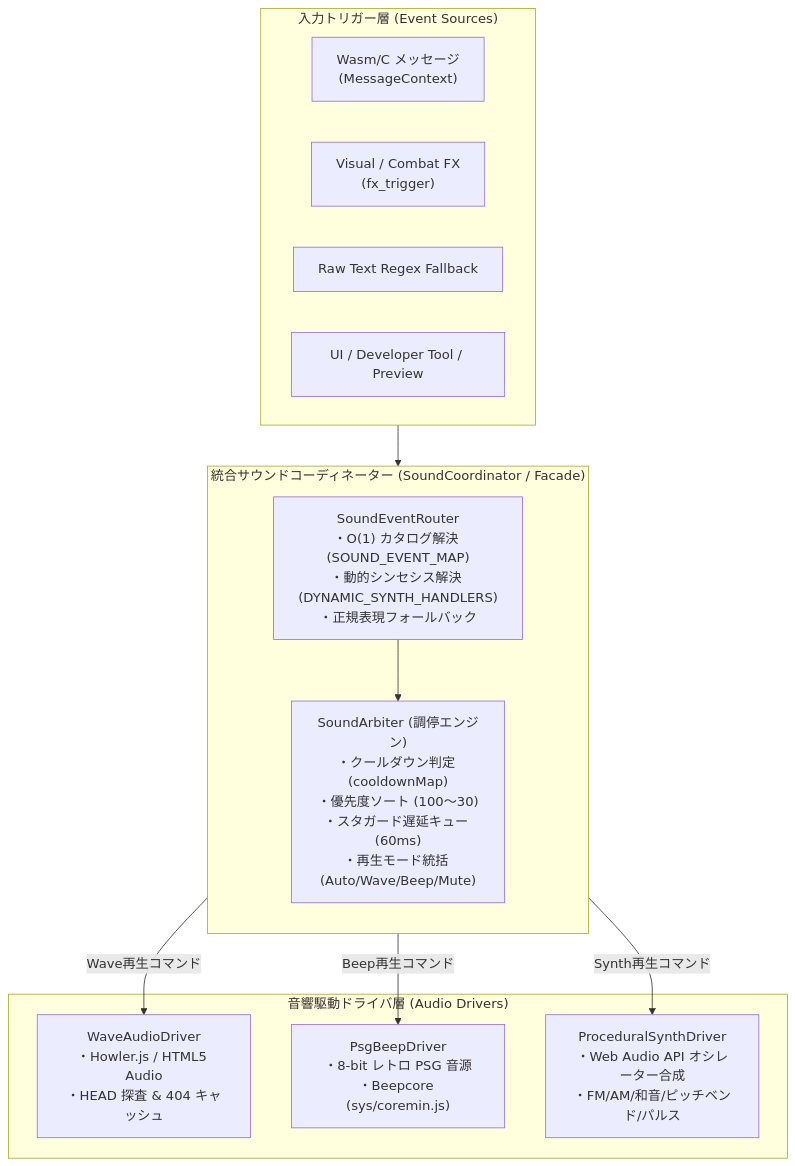
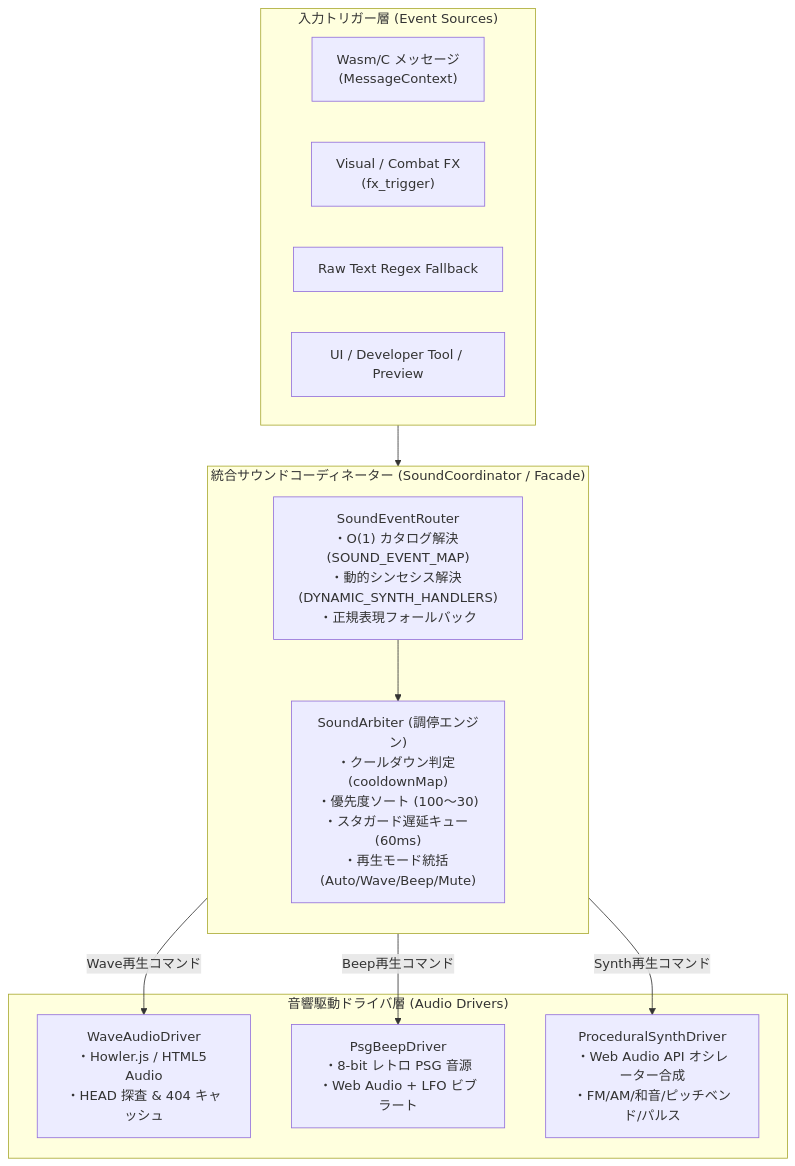
One commit to e3sh/Nethack-wasm-webUI changed the first of 2 diagrams in docs/4_sound/sound_coordinator_and_multidriver_architecture.ja.md. Above: the diagram before and after it, drawn with Mermaid. The commit also changed other lines of this file and 14 other files, not shown here.

````diff
--- a/docs/4_sound/sound_coordinator_and_multidriver_architecture.ja.md
+++ b/docs/4_sound/sound_coordinator_and_multidriver_architecture.ja.md
@@ -65,27 +65,27 @@
 ```mermaid
 graph TD
     subgraph EventSources["入力トリガー層 (Event Sources)"]
         WasmMsg["Wasm/C メッセージ<br>(MessageContext)"]
         CombatFX["Visual / Combat FX<br>(fx_trigger)"]
         FallbackTxt["Raw Text Regex Fallback"]
         DirectUI["UI / Developer Tool / Preview"]
     end
 
     subgraph SoundCoordinator["統合サウンドコーディネーター (SoundCoordinator / Facade)"]
         direction TB
         EventRouter["SoundEventRouter<br>・O(1) カタログ解決 (SOUND_EVENT_MAP)<br>・動的シンセシス解決 (DYNAMIC_SYNTH_HANDLERS)<br>・正規表現フォールバック"]
         Arbiter["SoundArbiter (調停エンジン)<br>・クールダウン判定 (cooldownMap)<br>・優先度ソート (100〜30)<br>・スタガード遅延キュー (60ms)<br>・再生モード統括 (Auto/Wave/Beep/Mute)"]
         EventRouter --> Arbiter
     end
 
     subgraph AudioDrivers["音響駆動ドライバ層 (Audio Drivers)"]
         WaveDriver["WaveAudioDriver<br>・Howler.js / HTML5 Audio<br>・HEAD 探査 & 404 キャッシュ"]
-        BeepDriver["PsgBeepDriver<br>・8-bit レトロ PSG 音源<br>・Beepcore (sys/coremin.js)"]
+        BeepDriver["PsgBeepDriver<br>・8-bit レトロ PSG 音源<br>・Web Audio + LFO ビブラート"]
         SynthDriver["ProceduralSynthDriver<br>・Web Audio API オシレーター合成<br>・FM/AM/和音/ピッチベンド/パルス"]
     end
 
     EventSources --> SoundCoordinator
     Arbiter -->|Wave再生コマンド| WaveDriver
     Arbiter -->|Beep再生コマンド| BeepDriver
     Arbiter -->|Synth再生コマンド| SynthDriver
 ```
````
